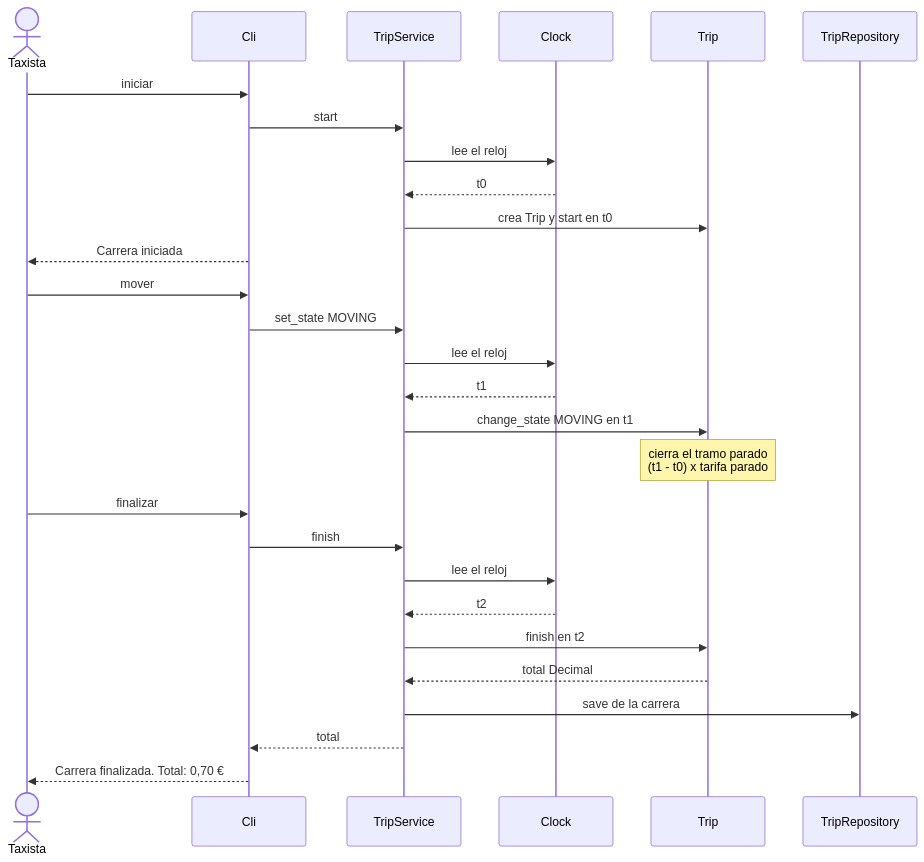
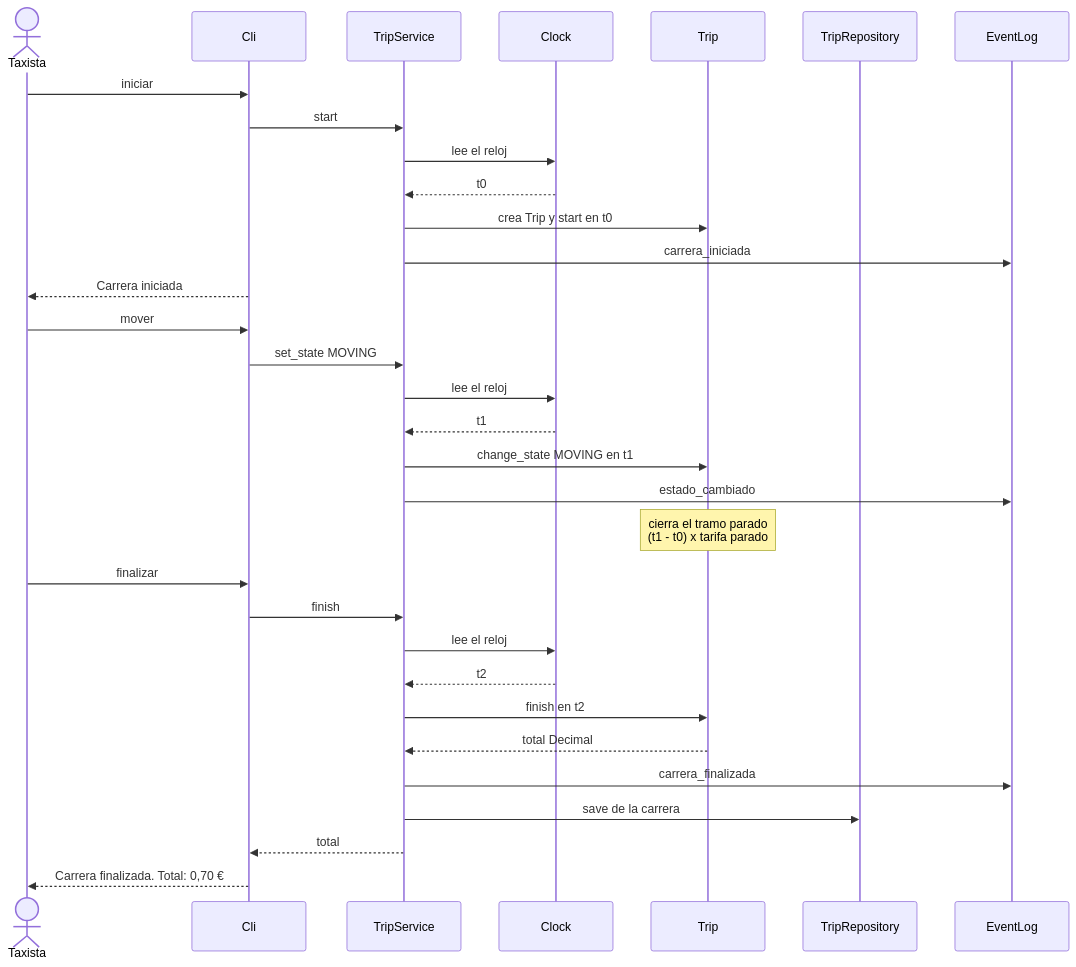
Before and after one commit to josegalindo-aidev/F5-project-py-taximetro: the third of 4 diagrams in docs/ARCHITECTURE.md, drawn with Mermaid. The commit also changed other lines of this file and 3 other files, not shown here.

````diff
--- a/docs/ARCHITECTURE.md
+++ b/docs/ARCHITECTURE.md
@@ -311,33 +340,37 @@
 ```mermaid
 sequenceDiagram
     actor U as Taxista
     participant C as Cli
     participant S as TripService
     participant K as Clock
     participant T as Trip
     participant R as TripRepository
+    participant E as EventLog
 
     U->>C: iniciar
     C->>S: start
     S->>K: lee el reloj
     K-->>S: t0
     S->>T: crea Trip y start en t0
+    S->>E: carrera_iniciada
     C-->>U: Carrera iniciada
 
     U->>C: mover
     C->>S: set_state MOVING
     S->>K: lee el reloj
     K-->>S: t1
     S->>T: change_state MOVING en t1
+    S->>E: estado_cambiado
     Note over T: cierra el tramo parado<br/>(t1 - t0) x tarifa parado
 
     U->>C: finalizar
     C->>S: finish
     S->>K: lee el reloj
     K-->>S: t2
     S->>T: finish en t2
     T-->>S: total Decimal
+    S->>E: carrera_finalizada
     S->>R: save de la carrera
     S-->>C: total
     C-->>U: Carrera finalizada. Total: 0,70 €
 ```
````
